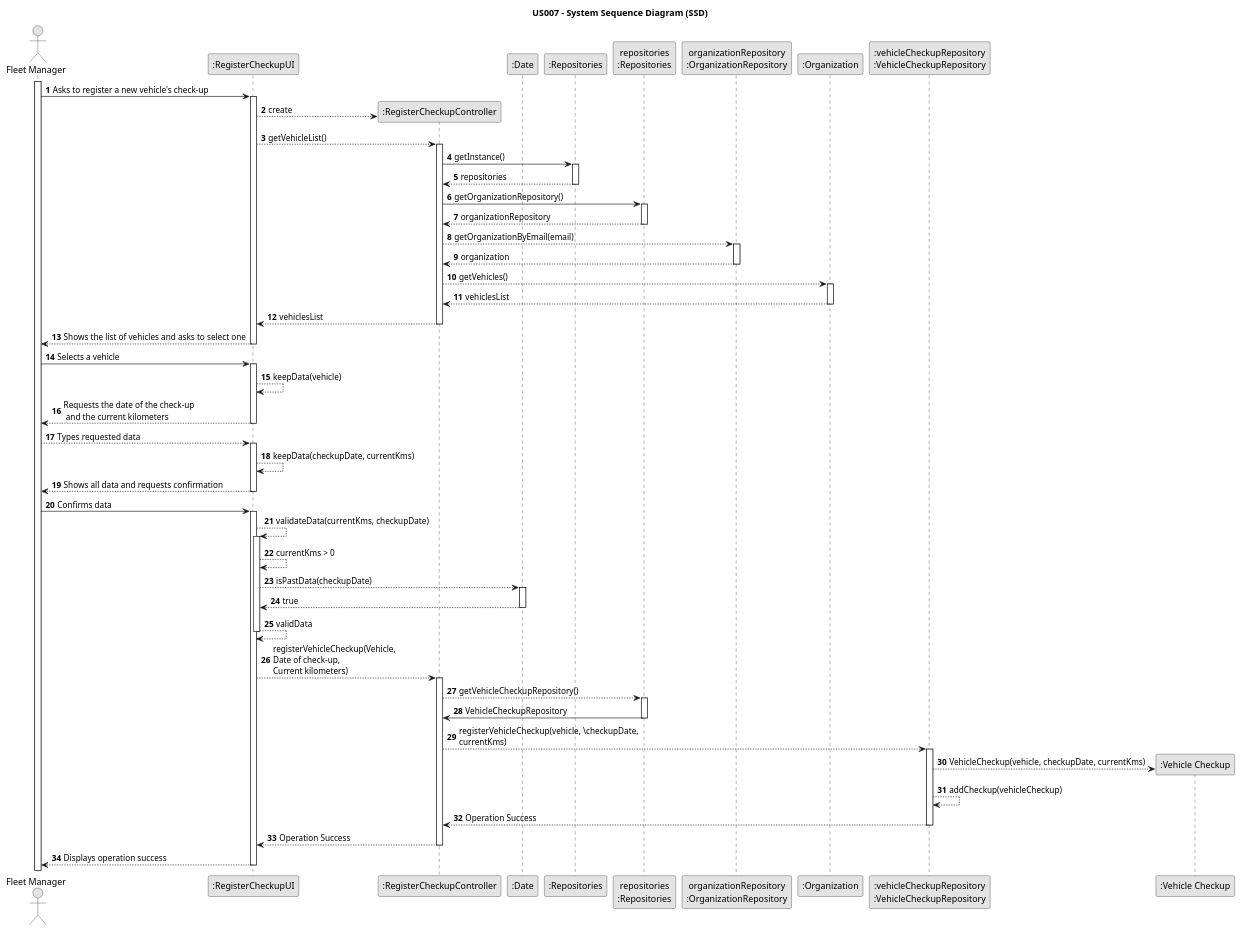
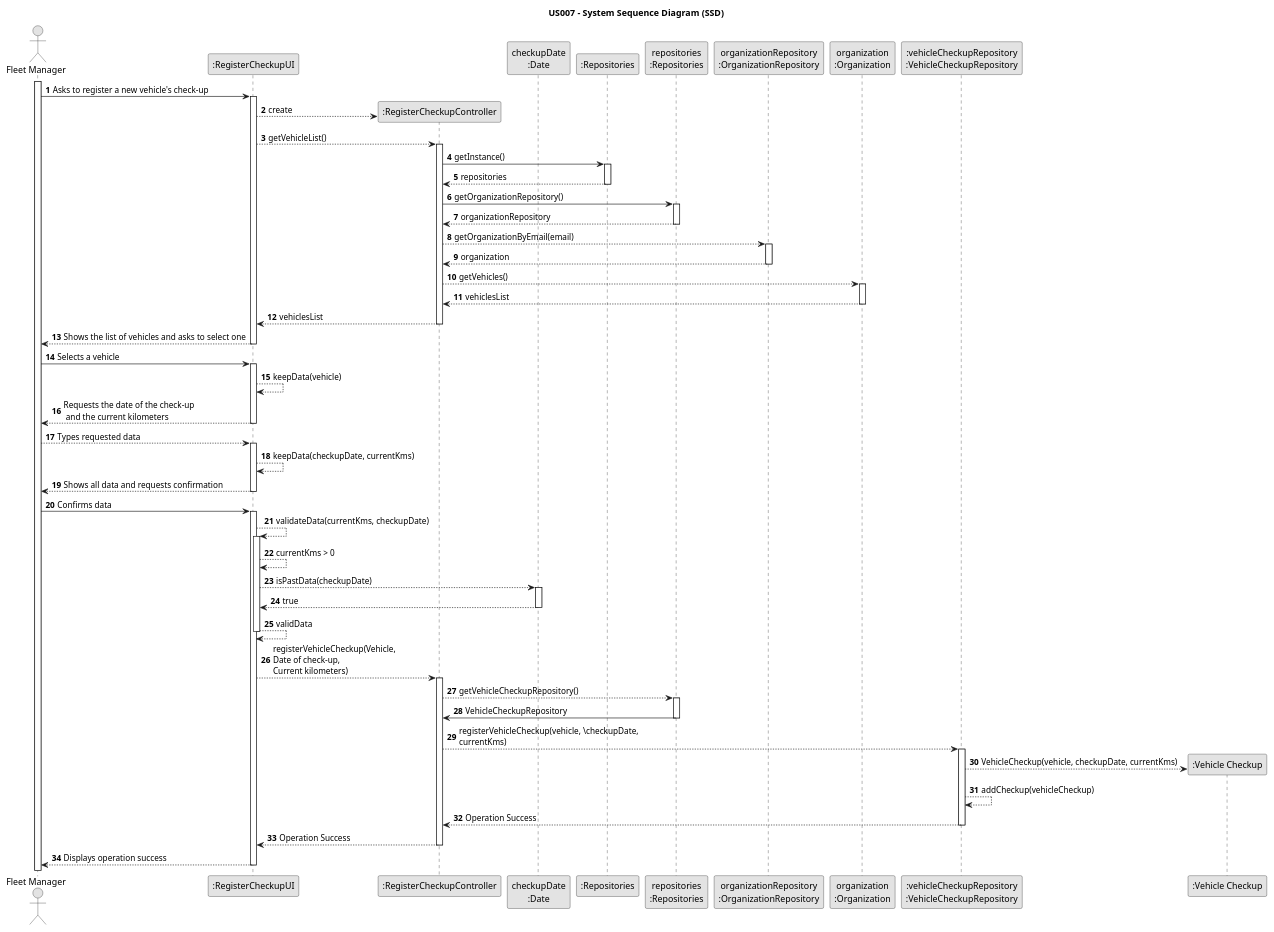
The diagram in docs/sprintB/us007/03.design/puml/us007-sequence-diagram-full.puml (Rui-San/LAPR2_2023_2024), drawn with PlantUML before and after one commit. The commit also changed 2 other files, not shown here.

Commit message:
US007: Small changes to Class diagram and Sequence Diagram

```diff
--- a/docs/sprintB/us007/03.design/puml/us007-sequence-diagram-full.puml
+++ b/docs/sprintB/us007/03.design/puml/us007-sequence-diagram-full.puml
@@ -1,113 +1,113 @@
 @startuml
 skinparam monochrome true
 skinparam packageStyle rectangle
 skinparam shadowing false
 
 title US007 - System Sequence Diagram (SSD)
 
 autonumber
 
 actor "Fleet Manager" as Employee
 participant ":RegisterCheckupUI" as UI
 participant ":RegisterCheckupController" as RCCtrl
-participant ":Date" as Date
+participant "checkupDate\n:Date" as Date
 'participant "taskCategoryRepository:\nTaskCategoryRepository" as TaskCategoryRepository
 'participant ":ApplicationSession" as _APP
 'participant "appSession\n:ApplicationSession" as APP
 'participant "currentSession\n:UserSession" as SESSAO
 'participant "vehicleRepository:\nVehicleRepository" as VehicleRepository
 participant ":Repositories" as RepositorySingleton
 participant "repositories\n:Repositories" as PLAT
 participant "organizationRepository\n:OrganizationRepository" as OrganizationRepository
-participant ":Organization" as Organization
+participant "organization\n:Organization" as Organization
 participant ":vehicleCheckupRepository\n:VehicleCheckupRepository" as VCRepo
 'participant "organizationRepository:\nOrganizationRepository" as OrganizationRepository
 participant ":Vehicle Checkup" as VCheckup
 
 activate Employee
 
     Employee -> UI : Asks to register a new vehicle's check-up
     activate UI
 
         UI --> RCCtrl** : create
         UI --> RCCtrl : getVehicleList()
         activate RCCtrl
 
             RCCtrl -> RepositorySingleton : getInstance()
             activate RepositorySingleton
 
                 RepositorySingleton --> RCCtrl : repositories
             deactivate RepositorySingleton
             RCCtrl -> PLAT : getOrganizationRepository()
             activate PLAT
 
                 PLAT --> RCCtrl : organizationRepository
             deactivate PLAT
             RCCtrl --> OrganizationRepository : getOrganizationByEmail(email)
             activate OrganizationRepository
 
                 OrganizationRepository --> RCCtrl : organization
             deactivate OrganizationRepository
             RCCtrl --> Organization : getVehicles()
             activate Organization
 
                 Organization --> RCCtrl : vehiclesList
             deactivate Organization
             RCCtrl --> UI : vehiclesList
         deactivate RCCtrl
 
         UI --> Employee : Shows the list of vehicles and asks to select one
     deactivate UI
 
     Employee -> UI : Selects a vehicle
     activate UI
 
         UI --> UI : keepData(vehicle)
         UI --> Employee : Requests the date of the check-up\n and the current kilometers
     deactivate UI
 
     Employee --> UI : Types requested data
     activate UI
 
         UI --> UI : keepData(checkupDate, currentKms)
         UI --> Employee : Shows all data and requests confirmation
     deactivate UI
 
     Employee -> UI : Confirms data
     activate UI
 
         UI --> UI : validateData(currentKms, checkupDate)
         activate UI
 
             UI --> UI : currentKms > 0
             UI --> Date : isPastData(checkupDate)
             activate Date
 
                 Date --> UI : true
             deactivate Date
             UI --> UI : validData
         deactivate UI
 
         UI --> RCCtrl : registerVehicleCheckup(Vehicle, \nDate of check-up, \nCurrent kilometers)
         activate RCCtrl
 
             RCCtrl --> PLAT : getVehicleCheckupRepository()
             activate PLAT
 
                 PLAT -> RCCtrl : VehicleCheckupRepository
             deactivate PLAT
             RCCtrl --> VCRepo : registerVehicleCheckup(vehicle, \checkupDate, \ncurrentKms)
             activate VCRepo
 
                 VCRepo --> VCheckup** : VehicleCheckup(vehicle, checkupDate, currentKms)
                 VCRepo --> VCRepo : addCheckup(vehicleCheckup)
                 VCRepo --> RCCtrl : Operation Success
             deactivate VCRepo
 
             RCCtrl --> UI : Operation Success
         deactivate RCCtrl
 
         UI --> Employee : Displays operation success
     deactivate UI
 
 @enduml
```
